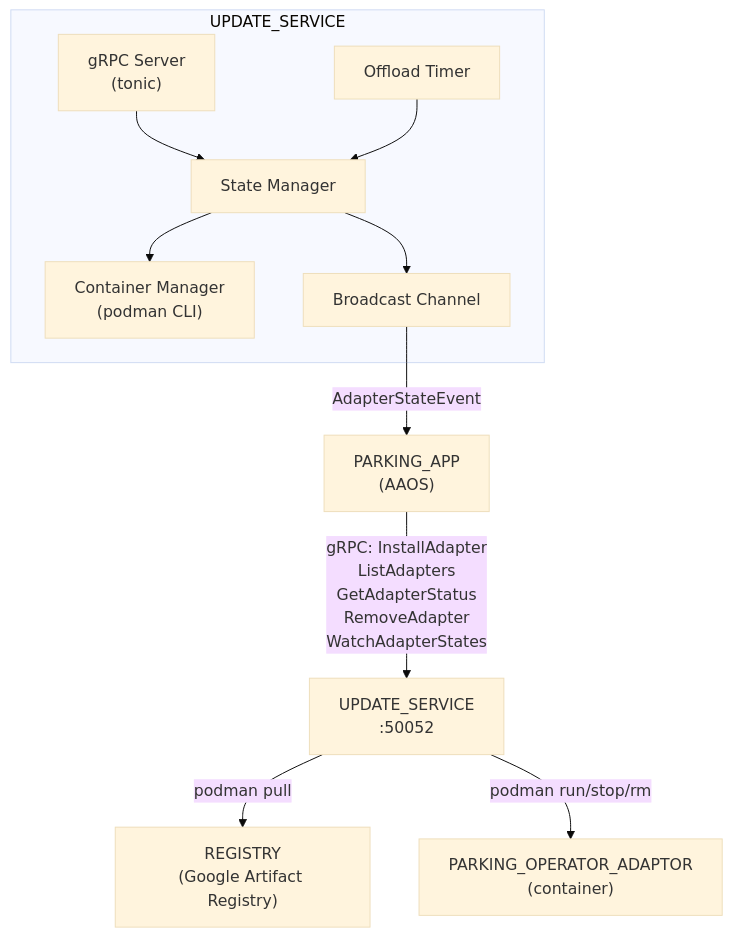
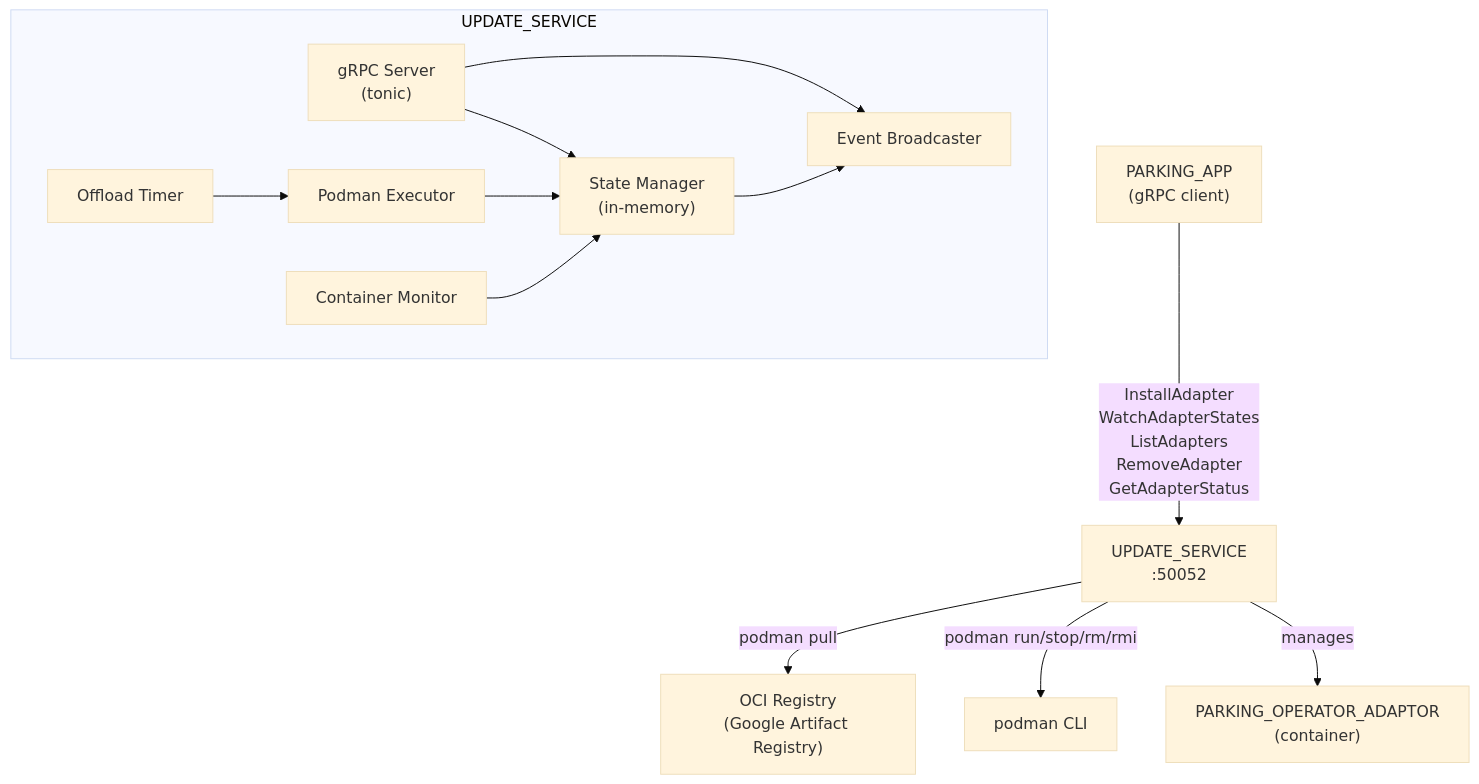
The first of 2 diagrams in .specs/07_update_service/design.md (rhadp/parking-fee-service), drawn with Mermaid (base theme) before and after one commit. The commit also changed other lines of this file and 35 other files, not shown here.

````diff
--- a/.specs/07_update_service/design.md
+++ b/.specs/07_update_service/design.md
@@ -9,21 +9,24 @@
 ```mermaid
 flowchart TD
-    PA["PARKING_APP\n(AAOS)"] -->|"gRPC: InstallAdapter\nListAdapters\nGetAdapterStatus\nRemoveAdapter\nWatchAdapterStates"| US["UPDATE_SERVICE\n:50052"]
+    PA["PARKING_APP\n(gRPC client)"] -->|"InstallAdapter\nWatchAdapterStates\nListAdapters\nRemoveAdapter\nGetAdapterStatus"| US["UPDATE_SERVICE\n:50052"]
 
-    US -->|"podman pull"| REG["REGISTRY\n(Google Artifact Registry)"]
-    US -->|"podman run/stop/rm"| POA["PARKING_OPERATOR_ADAPTOR\n(container)"]
+    US -->|"podman pull"| REG["OCI Registry\n(Google Artifact Registry)"]
+    US -->|"podman run/stop/rm/rmi"| POD["podman CLI"]
+    US -->|"manages"| ADAPTER["PARKING_OPERATOR_ADAPTOR\n(container)"]
 
     subgraph UPDATE_SERVICE
         GRPC["gRPC Server\n(tonic)"]
-        SM["State Manager"]
-        CM["Container Manager\n(podman CLI)"]
+        SM["State Manager\n(in-memory)"]
+        PE["Podman Executor"]
+        BC["Event Broadcaster"]
         OT["Offload Timer"]
-        BC["Broadcast Channel"]
+        CM["Container Monitor"]
     end
 
     GRPC --> SM
-    SM --> CM
+    GRPC --> BC
     SM --> BC
-    OT --> SM
-    BC -->|"AdapterStateEvent"| PA
+    PE --> SM
+    OT --> PE
+    CM --> SM
 ```
````
